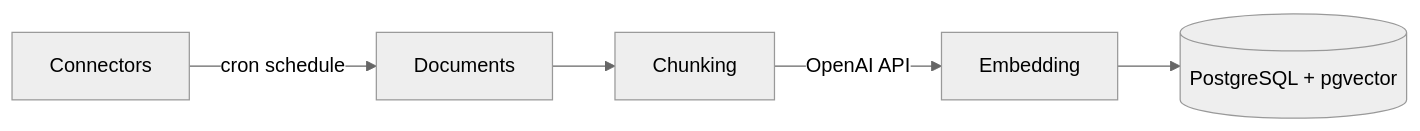
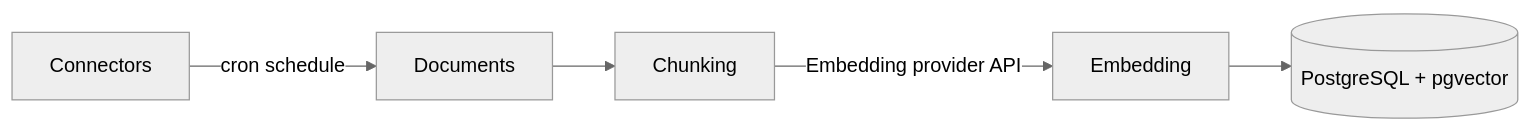
The first of 2 diagrams in docs/pages/platform-knowledge-bases.md (64johnlee/archestra), drawn with Mermaid (neutral theme) before and after one commit. The commit also changed other lines of this file and 47 other files, not shown here.

````diff
--- a/docs/pages/platform-knowledge-bases.md
+++ b/docs/pages/platform-knowledge-bases.md
@@ -26,7 +26,7 @@
 ```mermaid
 flowchart LR
     C[Connectors] -->|cron schedule| D[Documents]
     D --> CH[Chunking]
-    CH -->|OpenAI API| E[Embedding]
+    CH -->|Embedding provider API| E[Embedding]
     E --> PG[(PostgreSQL + pgvector)]
 ```
````
